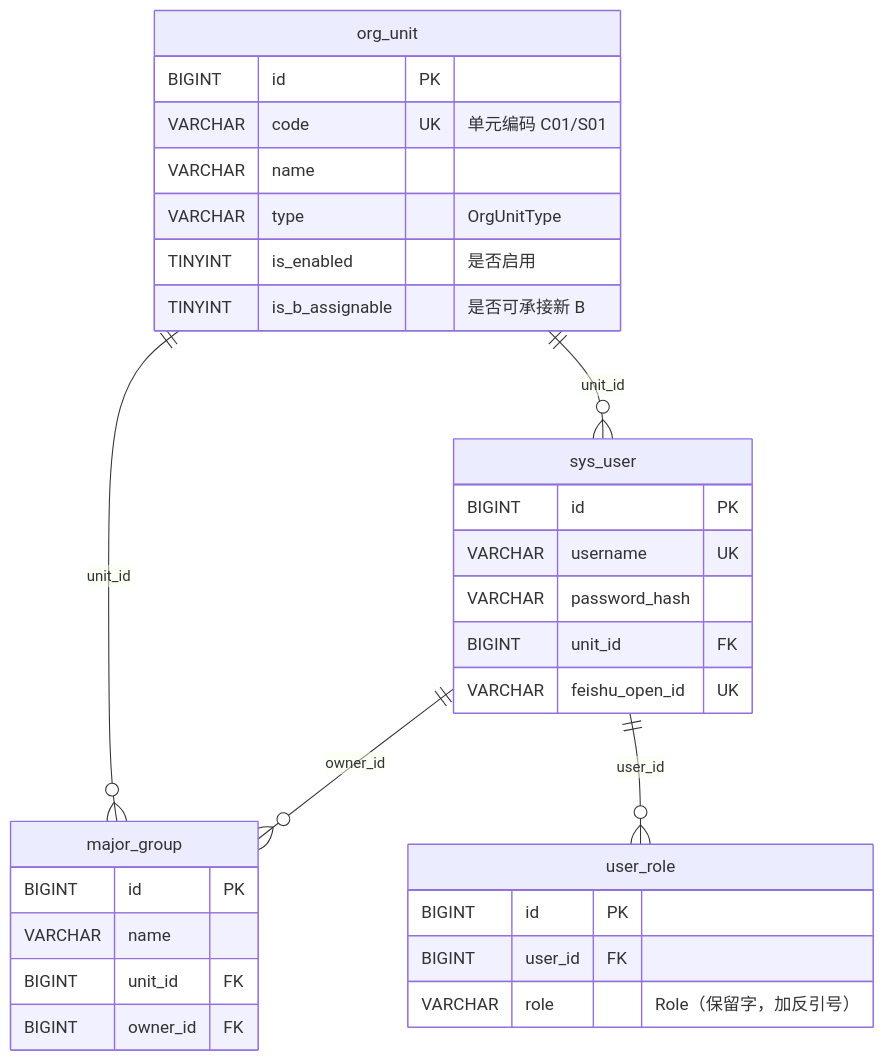
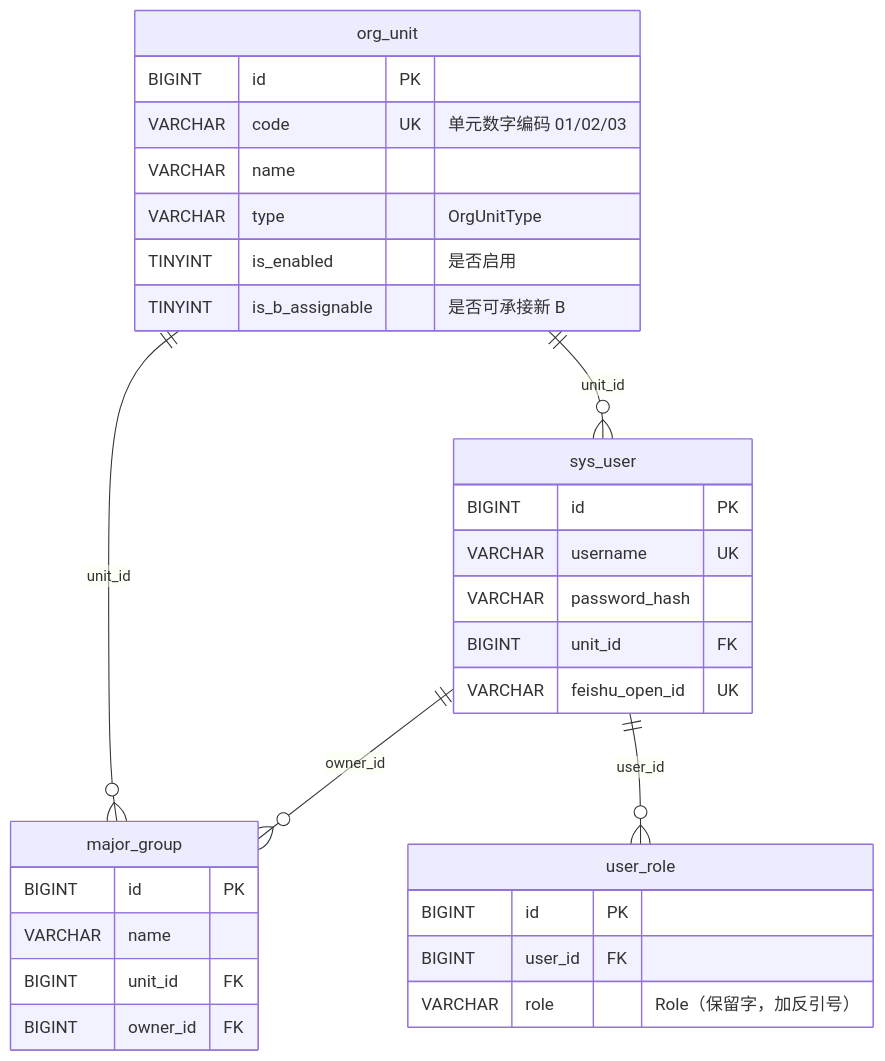
Before and after one commit to encoXJH/FR-Five-Year-Plan: the first of 5 diagrams in docs/数据库设计.md, drawn with Mermaid. The commit also changed other lines of this file and 117 other files, not shown here.

````diff
--- a/docs/数据库设计.md
+++ b/docs/数据库设计.md
@@ -88,34 +107,34 @@
 ```mermaid
 erDiagram
   org_unit ||--o{ major_group : "unit_id"
   org_unit ||--o{ sys_user : "unit_id"
   sys_user ||--o{ user_role : "user_id"
   sys_user ||--o{ major_group : "owner_id"
 
   org_unit {
     BIGINT id PK
-    VARCHAR code UK "单元编码 C01/S01"
+    VARCHAR code UK "单元数字编码 01/02/03"
     VARCHAR name
     VARCHAR type "OrgUnitType"
     TINYINT is_enabled "是否启用"
     TINYINT is_b_assignable "是否可承接新 B"
   }
   major_group {
     BIGINT id PK
     VARCHAR name
     BIGINT unit_id FK
     BIGINT owner_id FK
   }
   sys_user {
     BIGINT id PK
     VARCHAR username UK
     VARCHAR password_hash
     BIGINT unit_id FK
     VARCHAR feishu_open_id UK
   }
   user_role {
     BIGINT id PK
     BIGINT user_id FK
     VARCHAR role "Role（保留字，加反引号）"
   }
 ```
````
